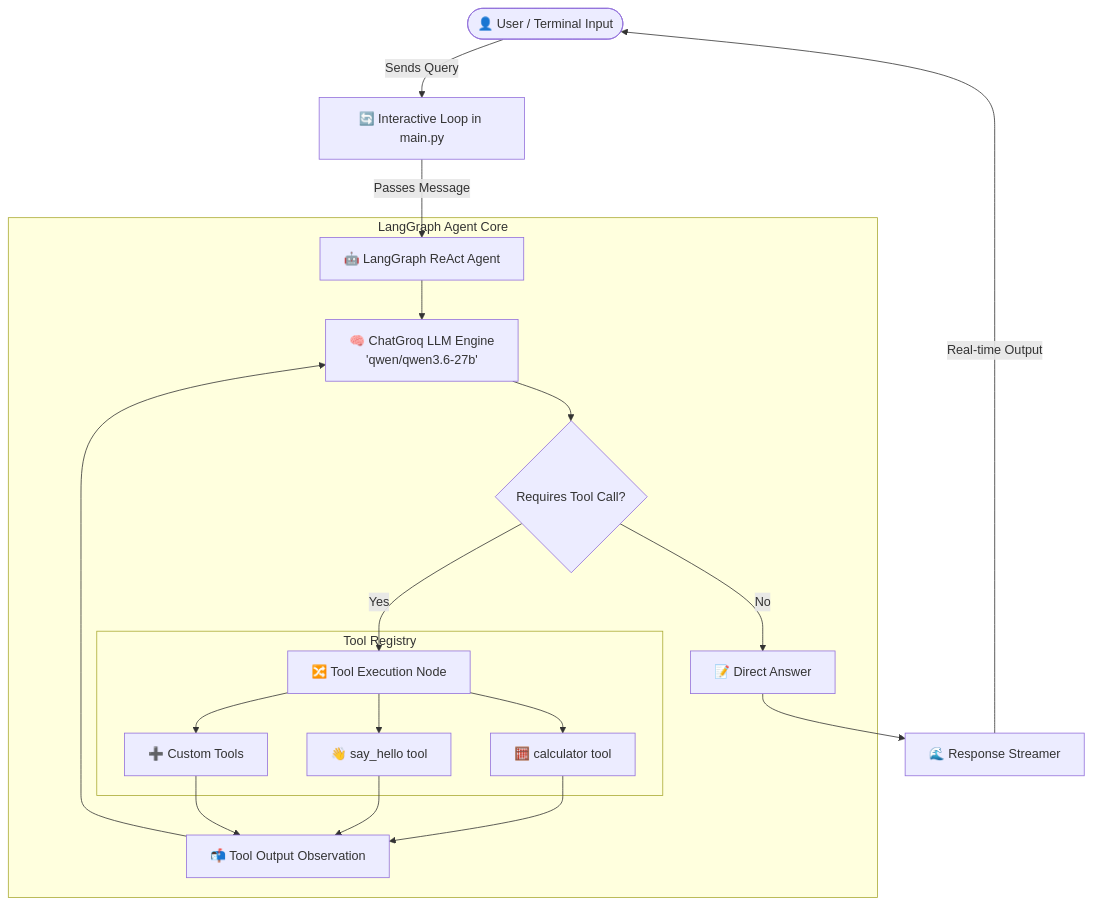
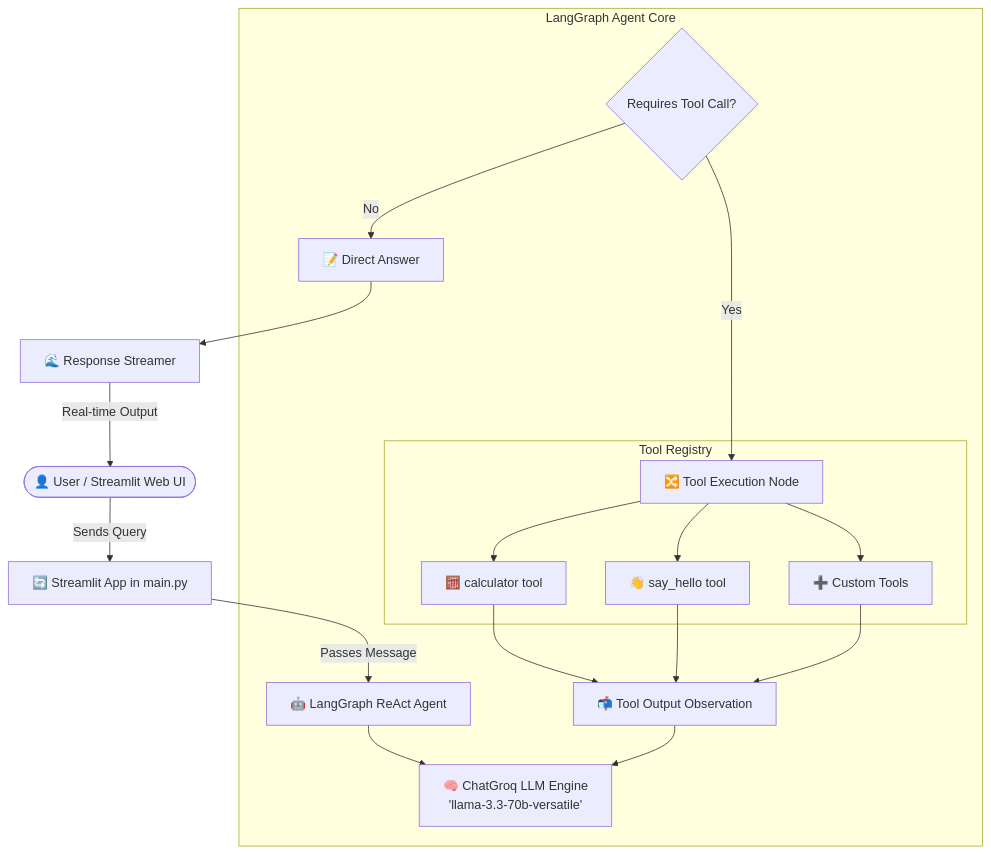
The first of 2 diagrams in README.md (praveengouda8/GenAI), drawn with Mermaid before and after one commit. The commit also changed other lines of this file and 3 other files, not shown here.

Commit message:
feat: simplify chatbot UI with Streamlit and update model to Qwen

````diff
--- a/README.md
+++ b/README.md
@@ -54,27 +54,27 @@
 ```mermaid
 graph TD
-    User([👤 User / Terminal Input]) -->|Sends Query| MainLoop[🔄 Interactive Loop in main.py]
+    User([👤 User / Streamlit Web UI]) -->|Sends Query| MainLoop[🔄 Streamlit App in main.py]
     MainLoop -->|Passes Message| AgentExecutor[🤖 LangGraph ReAct Agent]
     
     subgraph LangGraph Agent Core
-        AgentExecutor --> LLM[🧠 ChatGroq LLM Engine\n'qwen/qwen3.6-27b']
-        LLM --> Decision{Requires Tool Call?}
+        AgentExecutor --> LLM[🧠 ChatGroq LLM Engine\n'llama-3.3-70b-versatile']
+        Decision{Requires Tool Call?}
         
         Decision -- Yes --> ToolRouter[🔀 Tool Execution Node]
         Decision -- No --> DirectResponse[📝 Direct Answer]
         
         subgraph Tool Registry
             ToolRouter --> CalcTool[🧮 calculator tool]
             ToolRouter --> HelloTool[👋 say_hello tool]
             ToolRouter --> FutureTools[➕ Custom Tools]
         end
         
         CalcTool --> ToolFeedback[📬 Tool Output Observation]
         HelloTool --> ToolFeedback
         FutureTools --> ToolFeedback
         ToolFeedback --> LLM
     end
     
     DirectResponse --> Streamer[🌊 Response Streamer]
     Streamer -->|Real-time Output| User
 ```
````
